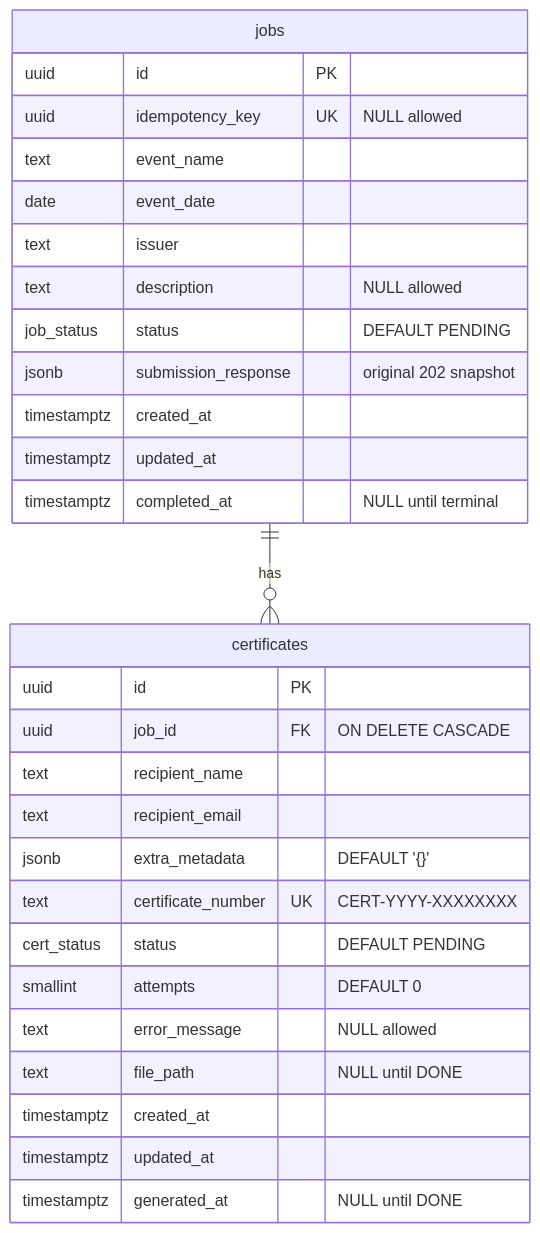
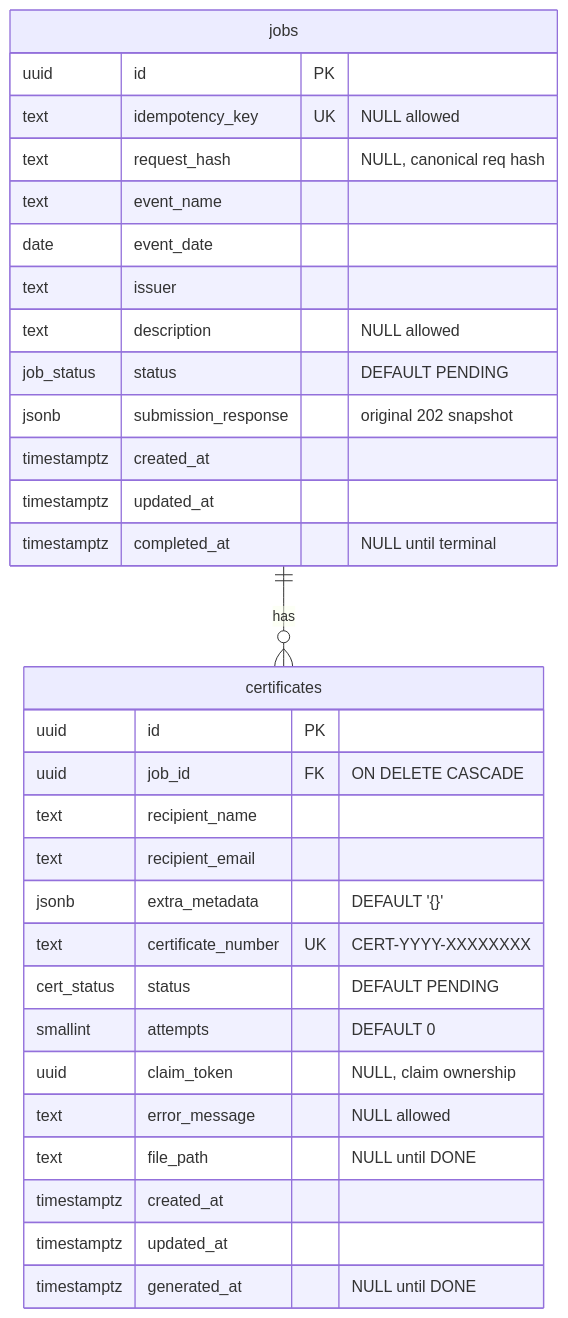
One commit to shah-dhwanil/aereo-assignment changed diagram 11 of 13 in docs/superpowers/specs/2026-10-11-bulk-certificate-generator-design.md. Above: the diagram before and after it, drawn with Mermaid. The commit also changed other lines of this file, not shown here.

````diff
--- a/docs/superpowers/specs/2026-10-11-bulk-certificate-generator-design.md
+++ b/docs/superpowers/specs/2026-10-11-bulk-certificate-generator-design.md
@@ -475,34 +518,36 @@
 ```mermaid
 erDiagram
     jobs ||--o{ certificates : has
 
     jobs {
         uuid id PK
-        uuid idempotency_key UK "NULL allowed"
+        text idempotency_key UK "NULL allowed"
+        text request_hash "NULL, canonical req hash"
         text event_name
         date event_date
         text issuer
         text description "NULL allowed"
         job_status status "DEFAULT PENDING"
         jsonb submission_response "original 202 snapshot"
         timestamptz created_at
         timestamptz updated_at
         timestamptz completed_at "NULL until terminal"
     }
 
     certificates {
         uuid id PK
         uuid job_id FK "ON DELETE CASCADE"
         text recipient_name
         text recipient_email
         jsonb extra_metadata "DEFAULT '{}'"
         text certificate_number UK "CERT-YYYY-XXXXXXXX"
         cert_status status "DEFAULT PENDING"
         smallint attempts "DEFAULT 0"
+        uuid claim_token "NULL, claim ownership"
         text error_message "NULL allowed"
         text file_path "NULL until DONE"
         timestamptz created_at
         timestamptz updated_at
         timestamptz generated_at "NULL until DONE"
     }
 ```
````
